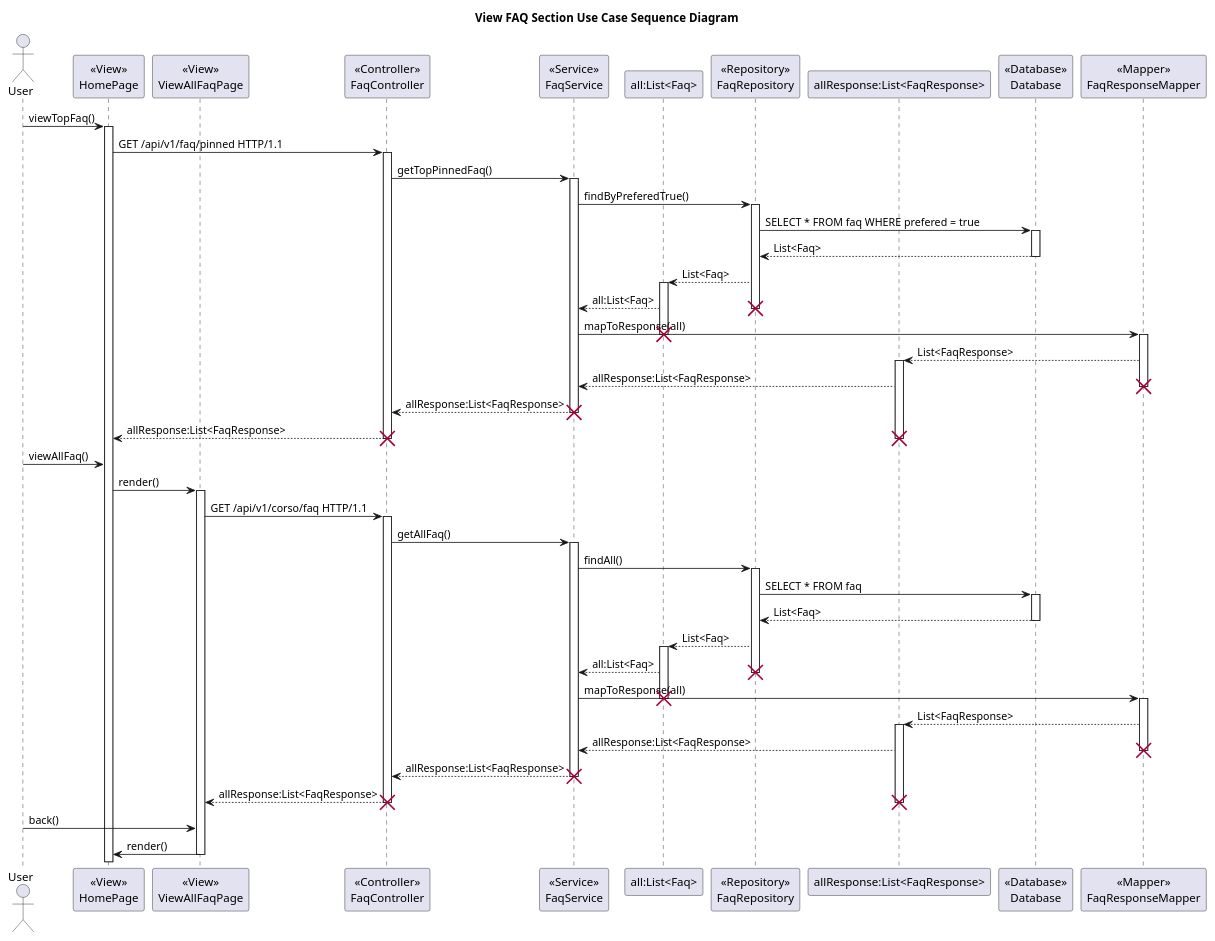
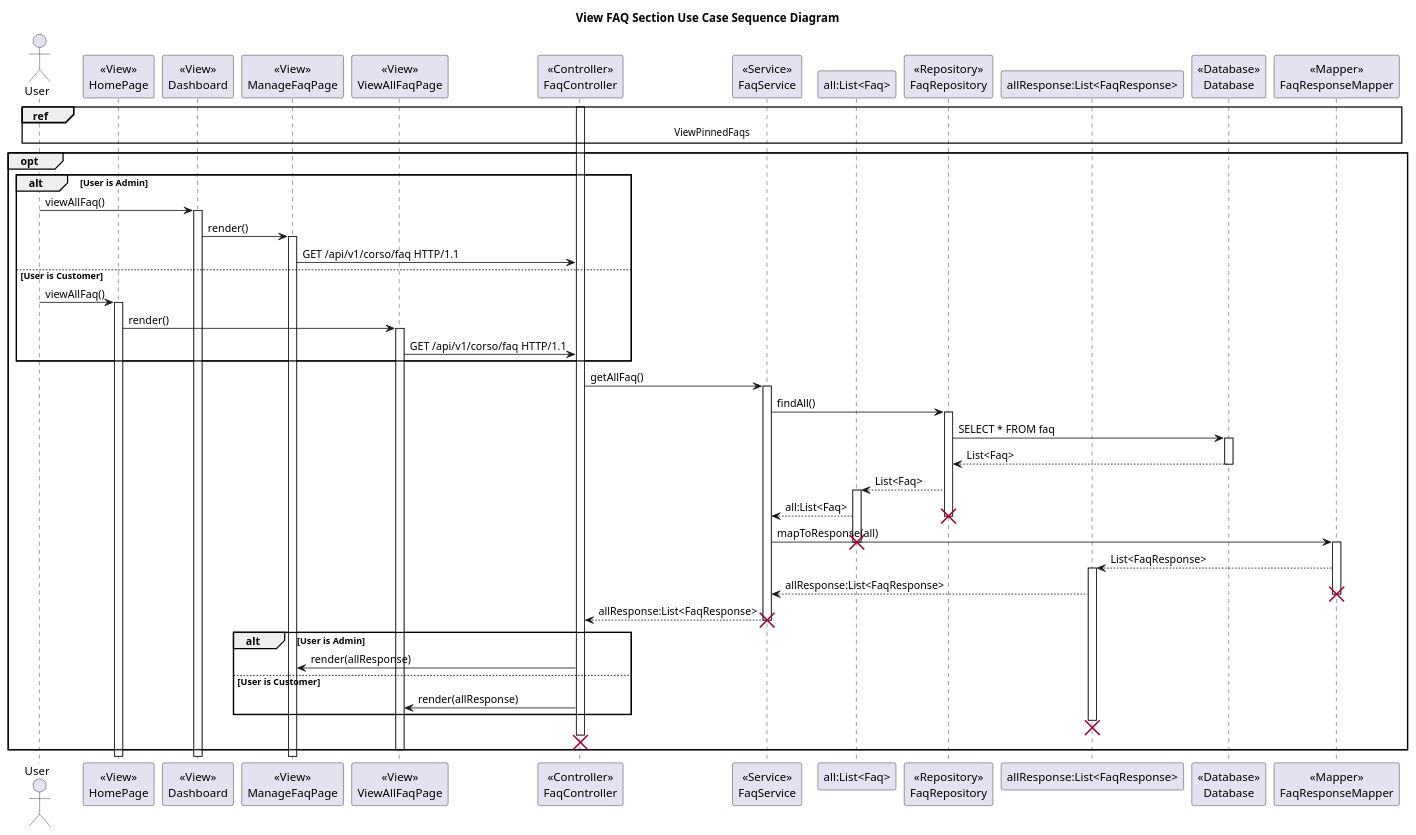
One commit to DylanBrass/Corso-Website changed the diagram in Diagrams/LLSD/FAQs/ViewFaqs.puml. Above: the diagram before and after it, drawn with PlantUML. The commit also changed 22 other files, not shown here.

Commit message:
Fixed diagrams, sd (#85)

```diff
--- a/Diagrams/LLSD/FAQs/ViewFaqs.puml
+++ b/Diagrams/LLSD/FAQs/ViewFaqs.puml
@@ -1,142 +1,132 @@
 @startuml
 
 title View FAQ Section Use Case Sequence Diagram
 
 actor User
 
 participant HomePage as "<<View>>\nHomePage"
+
+participant Dashboard as "<<View>>\nDashboard"
+
+participant ManageFaqPage as "<<View>>\nManageFaqPage"
 
 participant ViewAllFaqPage as "<<View>>\nViewAllFaqPage"
 
 participant FaqController as "<<Controller>>\nFaqController"
 
 participant FaqService as "<<Service>>\nFaqService"
 
 participant allFaq as "all:List<Faq>"
 
 participant FaqRepository as "<<Repository>>\nFaqRepository"
 
 participant allResponse as "allResponse:List<FaqResponse>"
 
 participant Database as "<<Database>>\nDatabase"
 
 participant FaqResponseMapper as "<<Mapper>>\nFaqResponseMapper"
 
-User -> HomePage: viewTopFaq()
-activate HomePage
-HomePage -> FaqController: GET /api/v1/faq/pinned HTTP/1.1
-activate FaqController
-FaqController -> FaqService: getTopPinnedFaq()
-activate FaqService
-FaqService -> FaqRepository: findByPreferedTrue()
-activate FaqRepository
-FaqRepository -> Database: SELECT * FROM faq WHERE prefered = true
-activate Database
-Database --> FaqRepository: List<Faq>
-deactivate Database
-FaqRepository --> allFaq: List<Faq>
-activate allFaq
+ref over User, HomePage, ViewAllFaqPage, FaqController, FaqService, allFaq, FaqRepository, allResponse, Database, FaqResponseMapper
+ViewPinnedFaqs
+end ref
 
-allFaq --> FaqService: all:List<Faq>
+opt
 
-destroy FaqRepository
+alt User is Admin
 
-FaqService -> FaqResponseMapper: mapToResponse(all)
-destroy allFaq
-activate FaqResponseMapper
+User -> Dashboard: viewAllFaq()
+activate Dashboard
 
-FaqResponseMapper --> allResponse: List<FaqResponse>
+Dashboard -> ManageFaqPage: render()
 
-activate allResponse
+activate ManageFaqPage
 
-allResponse --> FaqService: allResponse:List<FaqResponse>
-destroy FaqResponseMapper
-
-FaqService --> FaqController: allResponse:List<FaqResponse>
-
-destroy FaqService
-
-FaqController --> HomePage: allResponse:List<FaqResponse>
-destroy allResponse
-
-destroy FaqController
+ManageFaqPage -> FaqController: GET /api/v1/corso/faq HTTP/1.1
 
 
+
+else User is Customer
 User -> HomePage: viewAllFaq()
+activate HomePage
 
 HomePage -> ViewAllFaqPage: render()
 
 activate ViewAllFaqPage
 
 ViewAllFaqPage -> FaqController: GET /api/v1/corso/faq HTTP/1.1
+
+end
+
 
 activate FaqController
 
 FaqController -> FaqService: getAllFaq()
 
 activate FaqService
 
 FaqService -> FaqRepository: findAll()
 
 activate FaqRepository
 
 FaqRepository -> Database: SELECT * FROM faq
 
 activate Database
 
 Database --> FaqRepository: List<Faq>
 
 deactivate Database
 
 FaqRepository --> allFaq: List<Faq>
 
 activate allFaq
 
 allFaq --> FaqService: all:List<Faq>
 
 destroy FaqRepository
 
 FaqService -> FaqResponseMapper: mapToResponse(all)
 
 destroy allFaq
 
 activate FaqResponseMapper
 
 FaqResponseMapper --> allResponse: List<FaqResponse>
 
 activate allResponse
 
 allResponse --> FaqService: allResponse:List<FaqResponse>
 
 
 destroy FaqResponseMapper
 
 FaqService --> FaqController: allResponse:List<FaqResponse>
 
 destroy FaqService
 
-FaqController --> ViewAllFaqPage: allResponse:List<FaqResponse>
+alt User is Admin
+
+FaqController -> ManageFaqPage: render(allResponse)
+
+
+
+else User is Customer
+
+FaqController -> ViewAllFaqPage: render(allResponse)
+
+end
+
+
 destroy allResponse
 
 destroy FaqController
 
-User -> ViewAllFaqPage: back()
-ViewAllFaqPage -> HomePage: render()
 deactivate ViewAllFaqPage
 
 
 
 
 
-
-
-
-
-
-
-
-
-
+end opt
 
 
 @endpuml
```
